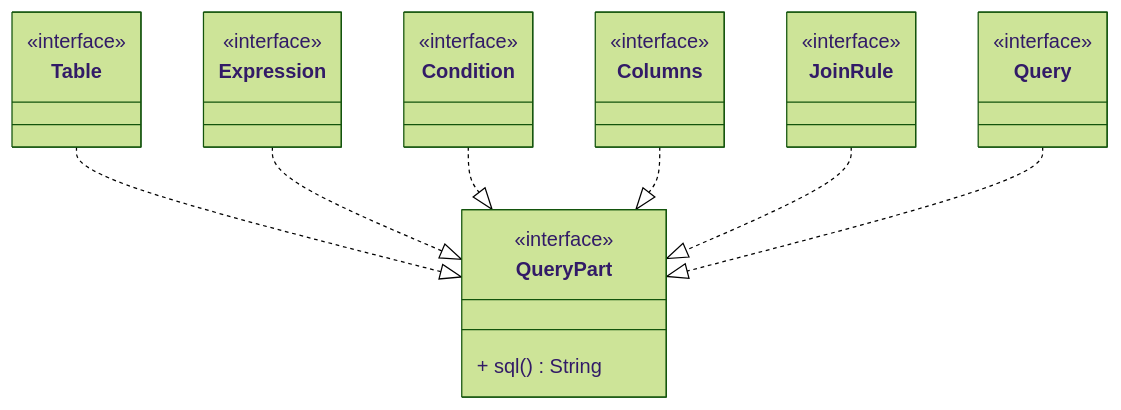
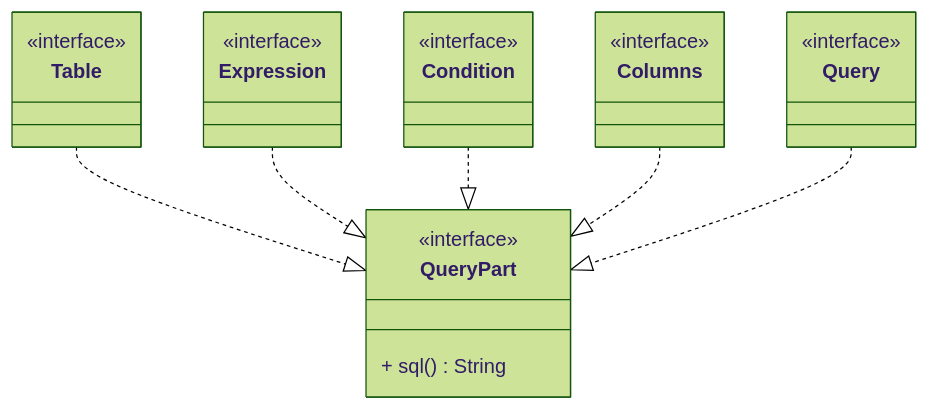
Before and after one commit to safarislava/QueryBricks: the seventh of 13 diagrams in docs/domain.md, drawn with Mermaid (forest theme). The commit also changed other lines of this file, not shown here.

Commit message:
docs: Fix join

````diff
--- a/docs/domain.md
+++ b/docs/domain.md
@@ -252,37 +253,33 @@
 ```mermaid
 classDiagram
     class QueryPart {
         <<interface>>
         + sql() String
     }
 
     class Table {
         <<interface>>
     }
     Table ..|> QueryPart
 
     class Expression {
         <<interface>>
     }
     Expression ..|> QueryPart
 
     class Condition {
         <<interface>>
     }
     Condition ..|> QueryPart
 
     class Columns {
         <<interface>>
     }
     Columns ..|> QueryPart
 
-    class JoinRule {
-        <<interface>>
-    }
-    JoinRule ..|> QueryPart
 
     class Query {
         <<interface>>
     }
     Query ..|> QueryPart
 ```
````
